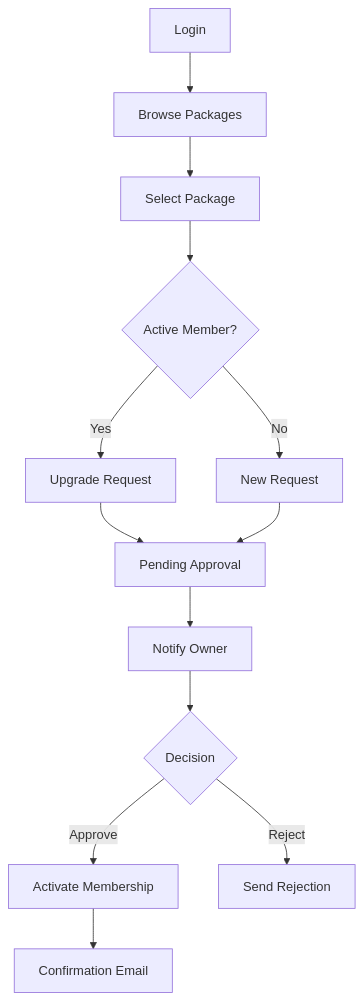
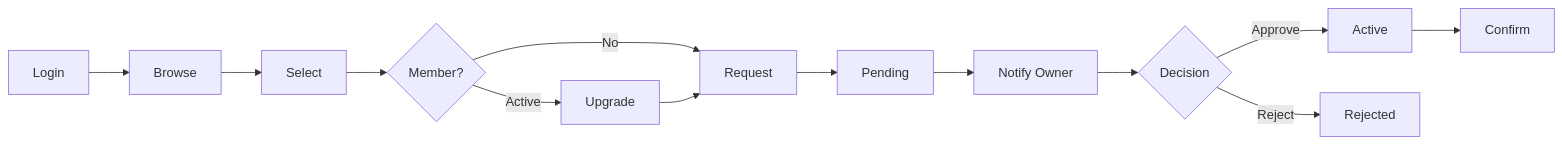
One commit to coded-with-aryan0426/gym-management-system-fullstack changed the third of 14 diagrams in docs/workflows.md. Above: the diagram before and after it, drawn with Mermaid. The commit also changed other lines of this file and 16 other files, not shown here.

````diff
--- a/docs/workflows.md
+++ b/docs/workflows.md
@@ -58,15 +68,15 @@
 ```mermaid
-flowchart TB
-    A[Login] --> B[Browse Packages]
-    B --> C[Select Package]
-    C --> D{Active Member?}
-    D -->|Yes| E[Upgrade Request]
-    D -->|No| F[New Request]
-    E --> G[Pending Approval]
-    F --> G
+flowchart LR
+    A[Login] --> B[Browse]
+    B --> C[Select]
+    C --> D{Member?}
+    D -->|Active| E[Upgrade]
+    D -->|No| F[Request]
+    E --> F
+    F --> G[Pending]
     G --> H[Notify Owner]
     H --> I{Decision}
-    I -->|Approve| J[Activate Membership]
-    I -->|Reject| K[Send Rejection]
-    J --> L[Confirmation Email]
+    I -->|Approve| J[Active]
+    I -->|Reject| K[Rejected]
+    J --> L[Confirm]
 ```
````
